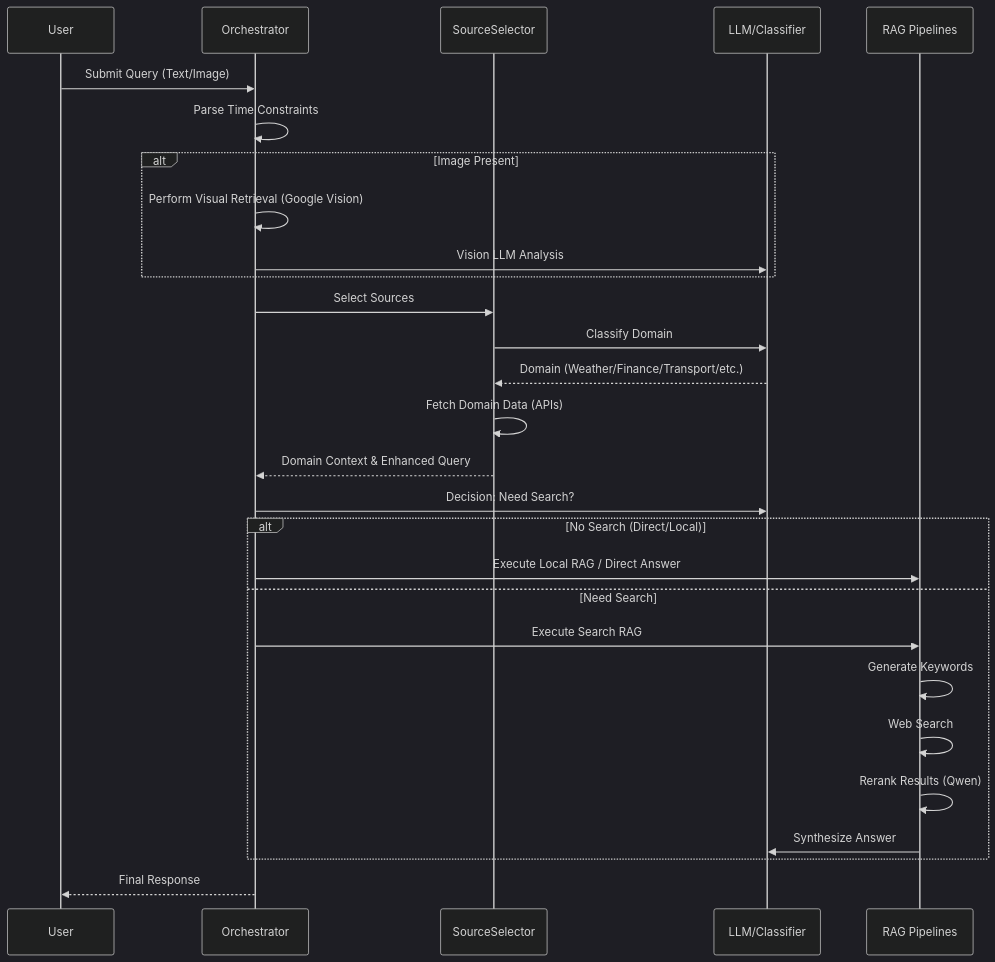
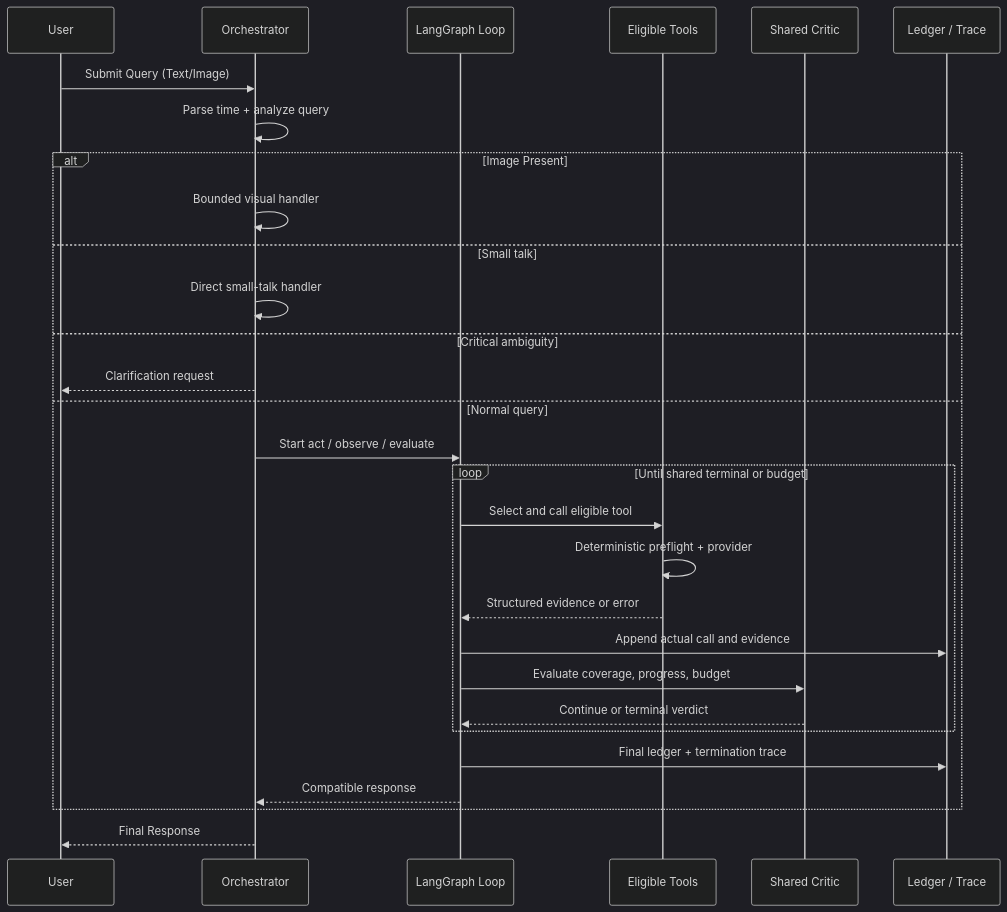
The second of 2 diagrams in System_Architecture.md (ishikisiko/ISE), drawn with Mermaid (dark theme) before and after one commit. The commit also changed other lines of this file and 94 other files, not shown here.

````diff
--- a/System_Architecture.md
+++ b/System_Architecture.md
@@ -27,31 +30,32 @@
 ```mermaid
 sequenceDiagram
     participant U as User
     participant O as Orchestrator
-    participant S as SourceSelector
-    participant L as LLM/Classifier
-    participant R as RAG Pipelines
+    participant L as LangGraph Loop
+    participant T as Eligible Tools
+    participant C as Shared Critic
+    participant A as Ledger / Trace
 
     U->>O: Submit Query (Text/Image)
-    O->>O: Parse Time Constraints
+    O->>O: Parse time + analyze query
     alt Image Present
-        O->>O: Perform Visual Retrieval (Google Vision)
-        O->>L: Vision LLM Analysis
-    end
-    O->>S: Select Sources
-    S->>L: Classify Domain
-    L-->>S: Domain (Weather/Finance/Transport/etc.)
-    S->>S: Fetch Domain Data (APIs)
-    S-->>O: Domain Context & Enhanced Query
-    O->>L: Decision: Need Search?
-    alt No Search (Direct/Local)
-        O->>R: Execute Local RAG / Direct Answer
-    else Need Search
-        O->>R: Execute Search RAG
-        R->>R: Generate Keywords
-        R->>R: Web Search
-        R->>R: Rerank Results (Qwen)
-        R->>L: Synthesize Answer
+        O->>O: Bounded visual handler
+    else Small talk
+        O->>O: Direct small-talk handler
+    else Critical ambiguity
+        O-->>U: Clarification request
+    else Normal query
+        O->>L: Start act / observe / evaluate
+        loop Until shared terminal or budget
+            L->>T: Select and call eligible tool
+            T->>T: Deterministic preflight + provider
+            T-->>L: Structured evidence or error
+            L->>A: Append actual call and evidence
+            L->>C: Evaluate coverage, progress, budget
+            C-->>L: Continue or terminal verdict
+        end
+        L->>A: Final ledger + termination trace
+        L-->>O: Compatible response
     end
     O-->>U: Final Response
 ```
````
